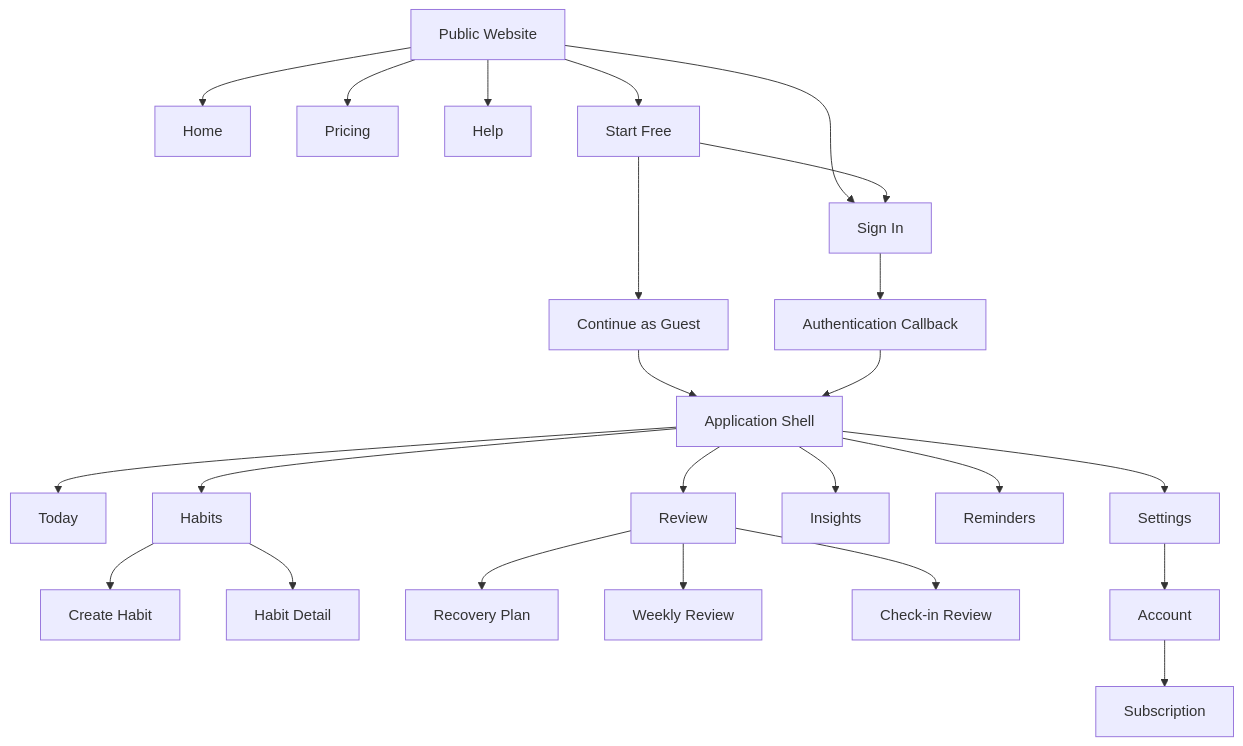
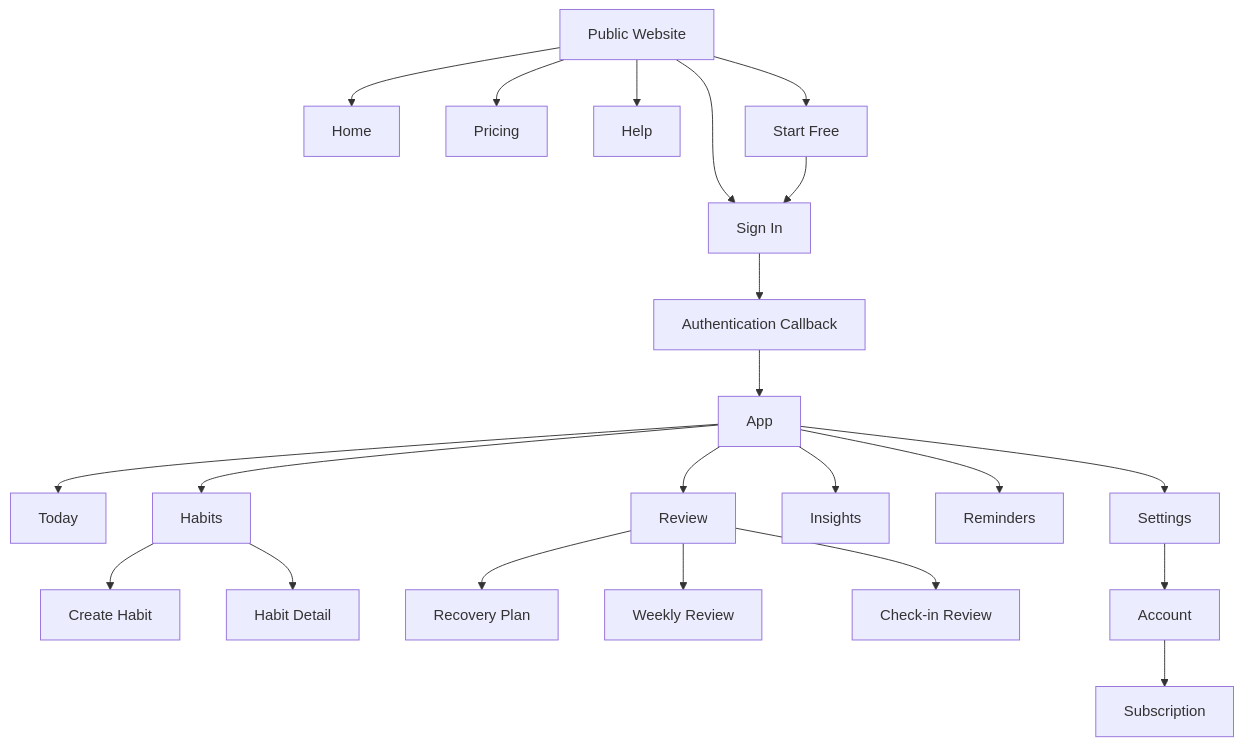
The third of 19 diagrams in docs/specs/UX-FLOWS.md (farzah14/recovery-first), drawn with Mermaid before and after one commit. The commit also changed other lines of this file and 9 other files, not shown here.

````diff
--- a/docs/specs/UX-FLOWS.md
+++ b/docs/specs/UX-FLOWS.md
@@ -215,31 +215,28 @@
 ```mermaid
 flowchart TD
     Public[Public Website]
     Public --> Home
     Public --> Pricing
     Public --> Help
     Public --> Auth[Sign In]
     Public --> Start[Start Free]
 
-    Start --> Guest[Continue as Guest]
     Start --> Auth
-
-    Guest --> App[Application Shell]
     Auth --> Callback[Authentication Callback]
     Callback --> App
 
     App --> Today
     App --> Habits
     App --> Review
     App --> Insights
     App --> Reminders
     App --> Settings
 
     Habits --> Create[Create Habit]
     Habits --> HabitDetail[Habit Detail]
     Review --> Recovery[Recovery Plan]
     Review --> Weekly[Weekly Review]
     Review --> CheckReview[Check-in Review]
     Settings --> Account
     Account --> Subscription
 ```
````
